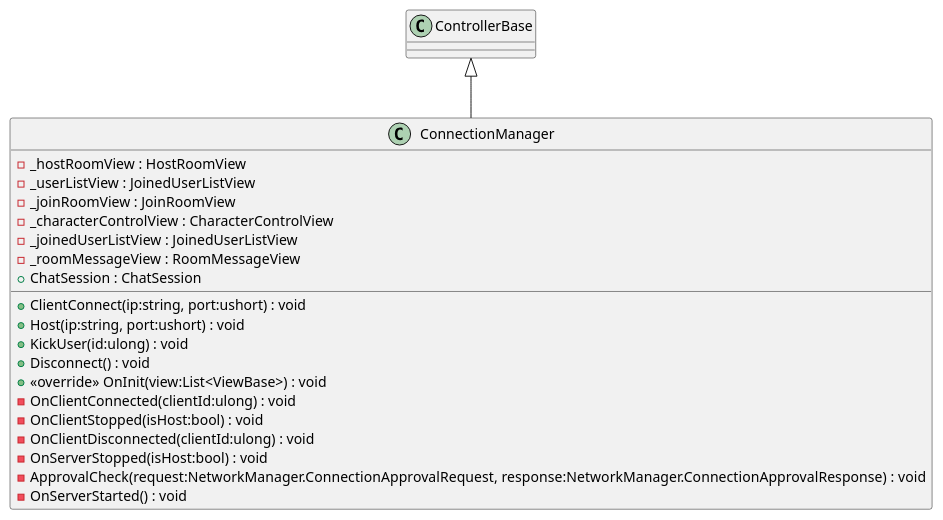
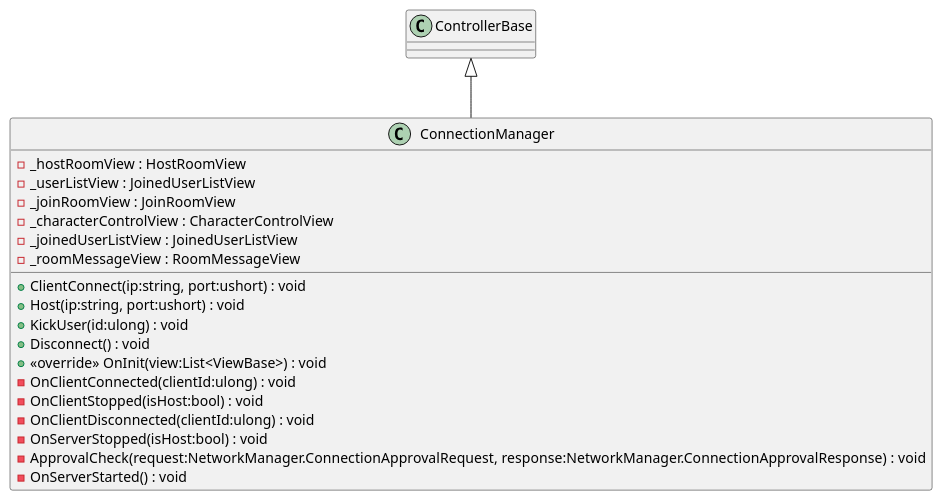
Before and after one commit to cutehusky/VirtualChat3D: the diagram in src/Assets/Scripts/Core/OnlineRuntimeModule/RoomManagementModule/puml/Controller/ConnectionManager.puml, drawn with PlantUML. The commit also changed 17 other files, not shown here.

Commit message:
update readme and class diagram

```diff
--- a/src/Assets/Scripts/Core/OnlineRuntimeModule/RoomManagementModule/puml/Controller/ConnectionManager.puml
+++ b/src/Assets/Scripts/Core/OnlineRuntimeModule/RoomManagementModule/puml/Controller/ConnectionManager.puml
@@ -1,23 +1,22 @@
 @startuml
 class ConnectionManager {
     - _hostRoomView : HostRoomView
     - _userListView : JoinedUserListView
     - _joinRoomView : JoinRoomView
     - _characterControlView : CharacterControlView
     - _joinedUserListView : JoinedUserListView
     - _roomMessageView : RoomMessageView
     + ClientConnect(ip:string, port:ushort) : void
     + Host(ip:string, port:ushort) : void
     + KickUser(id:ulong) : void
     + Disconnect() : void
-    + ChatSession : ChatSession
     + <<override>> OnInit(view:List<ViewBase>) : void
     - OnClientConnected(clientId:ulong) : void
     - OnClientStopped(isHost:bool) : void
     - OnClientDisconnected(clientId:ulong) : void
     - OnServerStopped(isHost:bool) : void
     - ApprovalCheck(request:NetworkManager.ConnectionApprovalRequest, response:NetworkManager.ConnectionApprovalResponse) : void
     - OnServerStarted() : void
 }
 ControllerBase <|-- ConnectionManager
 @enduml
```
